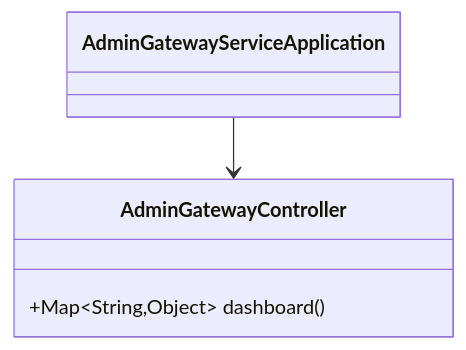
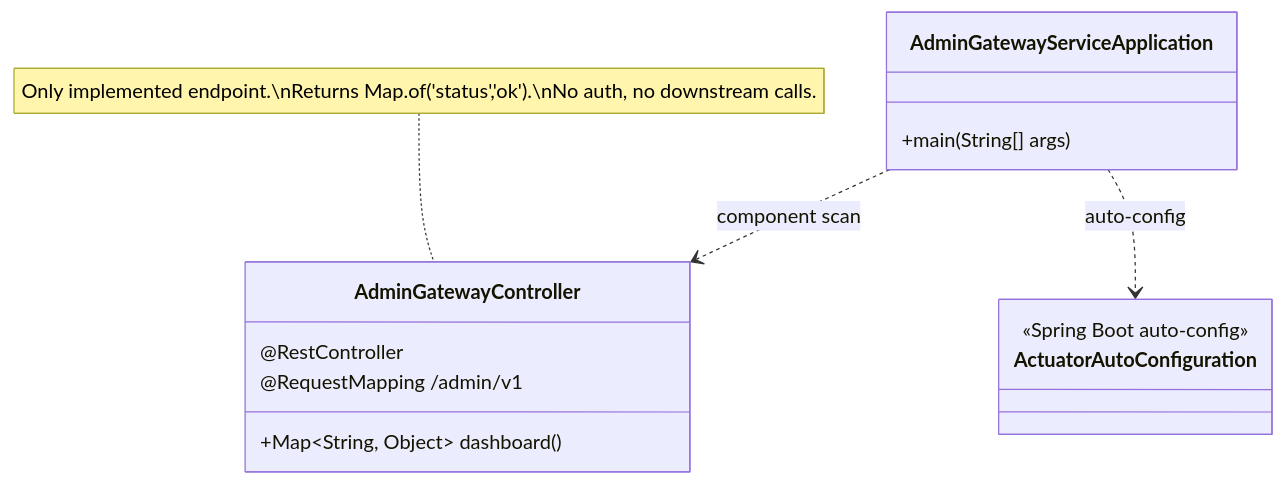
One commit to sunitakeazycommerz-a11y/InstaCommerce changed the third of 4 diagrams in services/admin-gateway-service/README.md. Above: the diagram before and after it, drawn with Mermaid. The commit also changed other lines of this file and 554 other files, not shown here.

````diff
--- a/services/admin-gateway-service/README.md
+++ b/services/admin-gateway-service/README.md
@@ -41,9 +157,19 @@
 ```mermaid
 classDiagram
-    class AdminGatewayServiceApplication
+    class AdminGatewayServiceApplication {
+        +main(String[] args)
+    }
     class AdminGatewayController {
-        +Map~String,Object~ dashboard()
+        +Map~String, Object~ dashboard()
+    }
+    class ActuatorAutoConfiguration {
+        <<Spring Boot auto-config>>
     }
 
-    AdminGatewayServiceApplication --> AdminGatewayController
+    AdminGatewayServiceApplication ..> AdminGatewayController : component scan
+    AdminGatewayServiceApplication ..> ActuatorAutoConfiguration : auto-config
+    AdminGatewayController : @RestController
+    AdminGatewayController : @RequestMapping /admin/v1
+
+    note for AdminGatewayController "Only implemented endpoint.\nReturns Map.of('status','ok').\nNo auth, no downstream calls."
 ```
````
